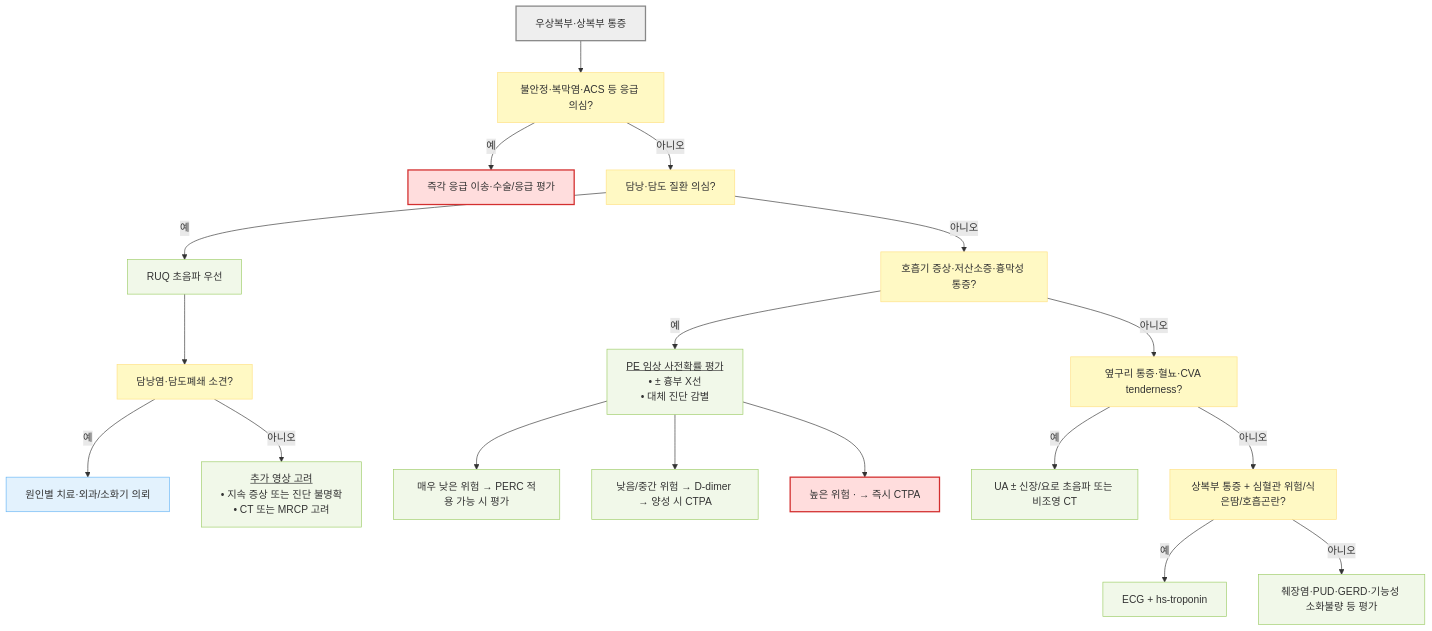
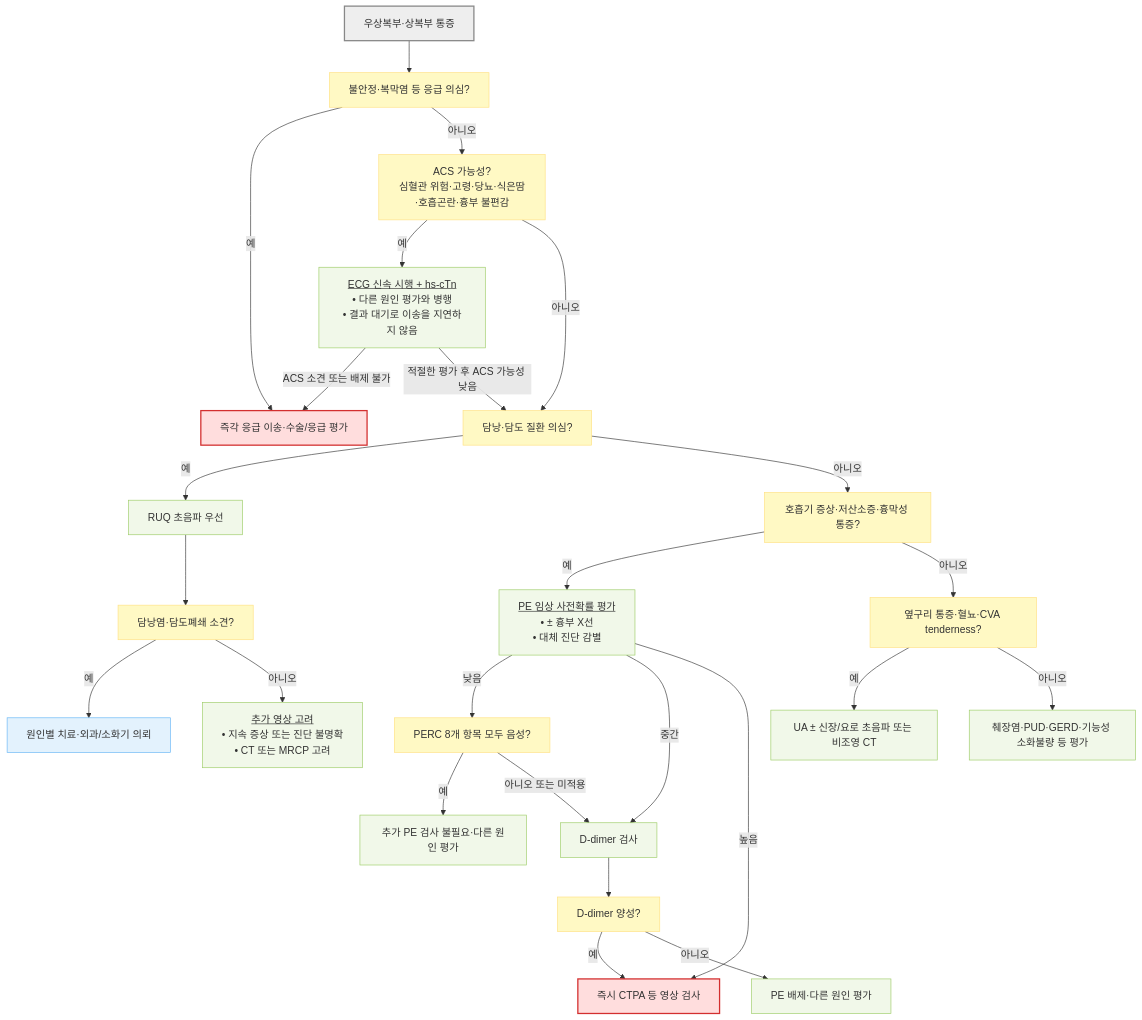
One commit to familyoh77/familyoh77 changed the first of 3 diagrams in 220_/003_-abdominal-pain.md. Above: the diagram before and after it, drawn with Mermaid. The commit also changed other lines of this file, not shown here.

````diff
--- a/220_/003_-abdominal-pain.md
+++ b/220_/003_-abdominal-pain.md
@@ -190,31 +199,38 @@
 ```mermaid
 flowchart TD
-    A["우상복부·상복부 통증"] --> B["불안정·복막염·ACS 등 응급 의심?"]
+    A["우상복부·상복부 통증"] --> B["불안정·복막염 등 응급 의심?"]
     B -- "예" --> C["즉각 응급 이송·수술/응급 평가"]
-    B -- "아니오" --> D["담낭·담도 질환 의심?"]
+    B -- "아니오" --> O["ACS 가능성?<br/>심혈관 위험·고령·당뇨·식은땀·호흡곤란·흉부 불편감"]
+    O -- "예" --> P["<u>ECG 신속 시행 + hs-cTn</u><br/>• 다른 원인 평가와 병행<br/>• 결과 대기로 이송을 지연하지 않음"]
+    P -- "ACS 소견 또는 배제 불가" --> C
+    P -- "적절한 평가 후 ACS 가능성 낮음" --> D
+    O -- "아니오" --> D["담낭·담도 질환 의심?"]
     D -- "예" --> E["RUQ 초음파 우선"]
     E --> F["담낭염·담도폐쇄 소견?"]
     F -- "예" --> G["원인별 치료·외과/소화기 의뢰"]
     F -- "아니오" --> H["<u>추가 영상 고려</u><br/>• 지속 증상 또는 진단 불명확<br/>• CT 또는 MRCP 고려"]
     D -- "아니오" --> I["호흡기 증상·저산소증·흉막성 통증?"]
     I -- "예" --> J["<u>PE 임상 사전확률 평가</u><br/>• ± 흉부 X선<br/>• 대체 진단 감별"]
-    J --> K["매우 낮은 위험 → PERC 적용 가능 시 평가"]
-    J --> L["낮음/중간 위험 → D-dimer → 양성 시 CTPA"]
-    J --> R["높은 위험 · → 즉시 CTPA"]
+    J -- "낮음" --> K["PERC 8개 항목 모두 음성?"]
+    K -- "예" --> S["추가 PE 검사 불필요·다른 원인 평가"]
+    K -- "아니오 또는 미적용" --> L["D-dimer 검사"]
+    J -- "중간" --> L
+    J -- "높음" --> R["즉시 CTPA 등 영상 검사"]
+    L --> T["D-dimer 양성?"]
+    T -- "예" --> R
+    T -- "아니오" --> U["PE 배제·다른 원인 평가"]
     I -- "아니오" --> M["옆구리 통증·혈뇨·CVA tenderness?"]
     M -- "예" --> N["UA ± 신장/요로 초음파 또는 비조영 CT"]
-    M -- "아니오" --> O["상복부 통증 + 심혈관 위험/식은땀/호흡곤란?"]
-    O -- "예" --> P["ECG + hs-troponin"]
-    O -- "아니오" --> Q["췌장염·PUD·GERD·기능성 소화불량 등 평가"]
+    M -- "아니오" --> Q["췌장염·PUD·GERD·기능성 소화불량 등 평가"]
 
     classDef start fill:#eeeeee,stroke:#888888,stroke-width:2px
     classDef question fill:#fff9c4,stroke:#ffe082
     classDef emergency fill:#ffdddd,stroke:#d32f2f,stroke-width:2px
     classDef evaluation fill:#f1f8e9,stroke:#9ccc65
     classDef treatment fill:#e3f2fd,stroke:#64b5f6
     class A start
-    class B,D,F,I,M,O question
+    class B,O,D,F,I,K,T,M question
     class C,R emergency
-    class E,H,J,K,L,N,P,Q evaluation
+    class P,E,H,J,L,S,U,N,Q evaluation
     class G treatment
 ```
````
